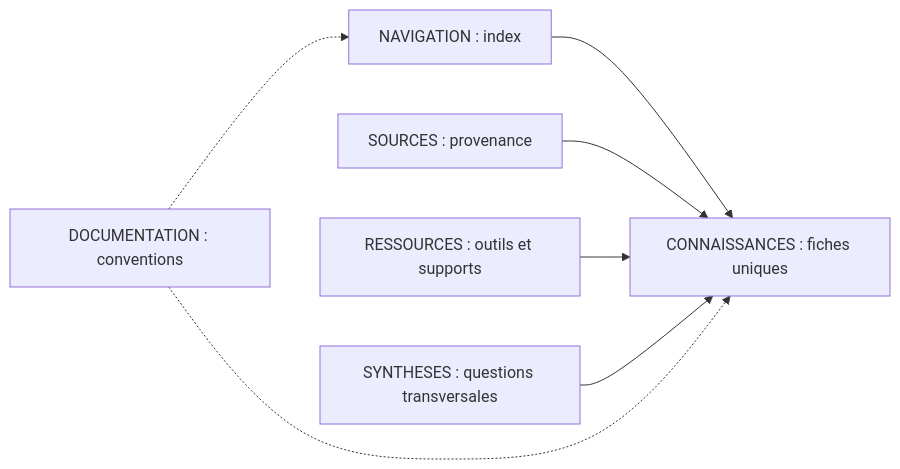
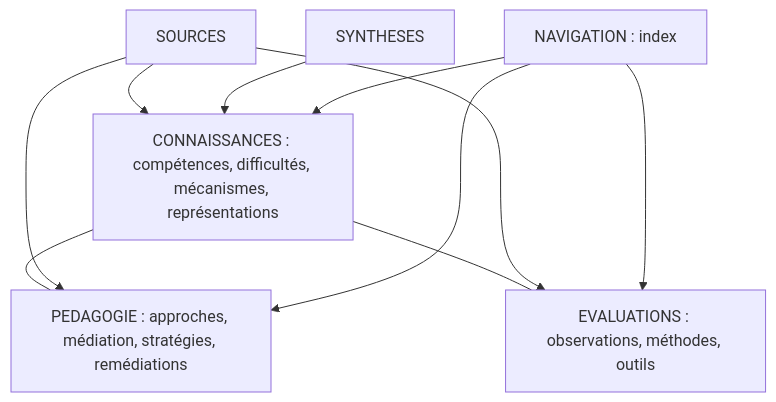
Before and after one commit to regereaufranck-oss/EDUCATION-RESEARCH: the diagram in DOCUMENTATION/architecture.md, drawn with Mermaid. The commit also changed other lines of this file, not shown here.

Commit message:
docs: corriger frontieres architecture selon historique

````diff
--- a/DOCUMENTATION/architecture.md
+++ b/DOCUMENTATION/architecture.md
@@ -7,9 +9,12 @@
 ```mermaid
-flowchart LR
-  N[NAVIGATION : index] --> C[CONNAISSANCES : fiches uniques]
-  S[SOURCES : provenance] --> C
-  R[RESSOURCES : outils et supports] --> C
-  Y[SYNTHESES : questions transversales] --> C
-  D[DOCUMENTATION : conventions] -.-> N
-  D -.-> C
+flowchart TB
+  K[CONNAISSANCES : compétences, difficultés, mécanismes, représentations] --- P[PEDAGOGIE : approches, médiation, stratégies, remédiations]
+  K --- E[EVALUATIONS : observations, méthodes, outils]
+  S[SOURCES] --> K
+  S --> P
+  S --> E
+  Y[SYNTHESES] --> K
+  N[NAVIGATION : index] --> K
+  N --> P
+  N --> E
 ```
````
